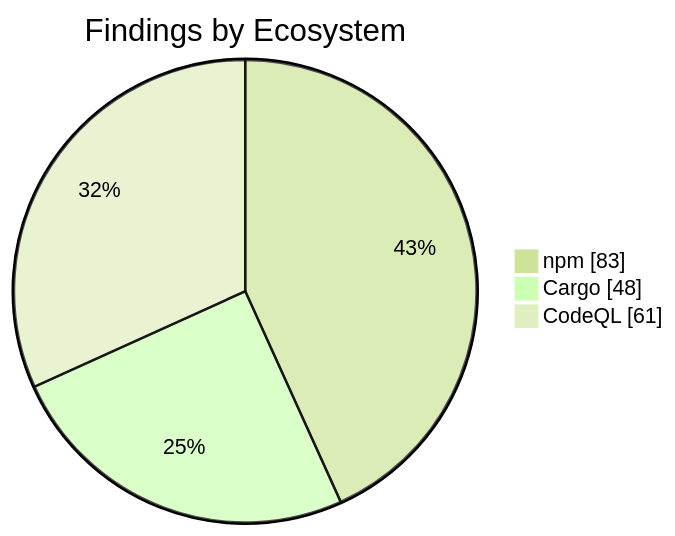
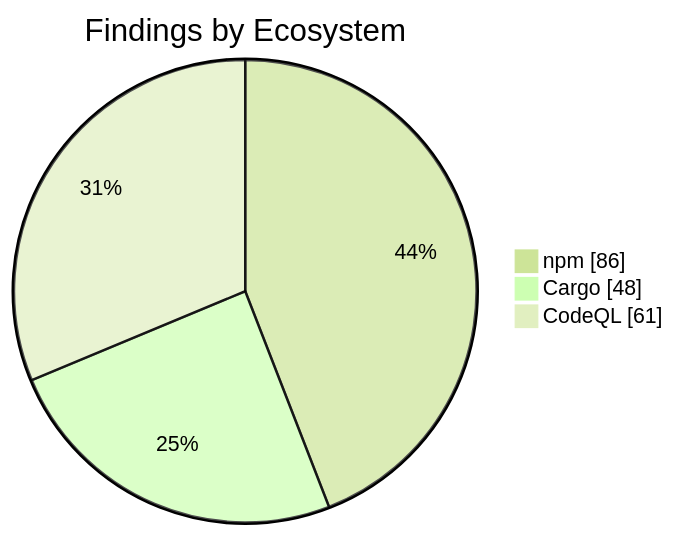
Before and after one commit to KBVE/kbve: the second of 2 diagrams in apps/kbve/astro-kbve/src/content/docs/dashboard/security.mdx, drawn with Mermaid (forest theme). The commit also changed other lines of this file and 8 other files, not shown here.

````diff
--- a/apps/kbve/astro-kbve/src/content/docs/dashboard/security.mdx
+++ b/apps/kbve/astro-kbve/src/content/docs/dashboard/security.mdx
@@ -73,7 +73,7 @@
 ```mermaid
 pie showData
     title Findings by Ecosystem
-    "npm" : 83
+    "npm" : 86
     "Cargo" : 48
     "CodeQL" : 61
 ```
````
